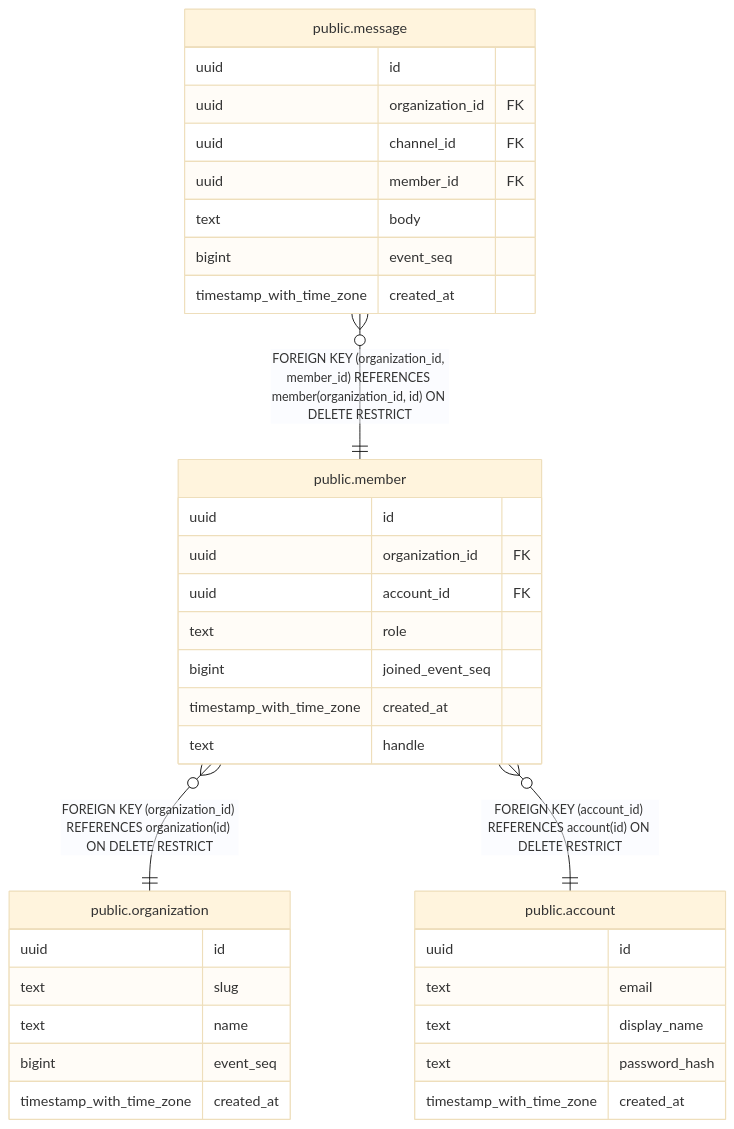
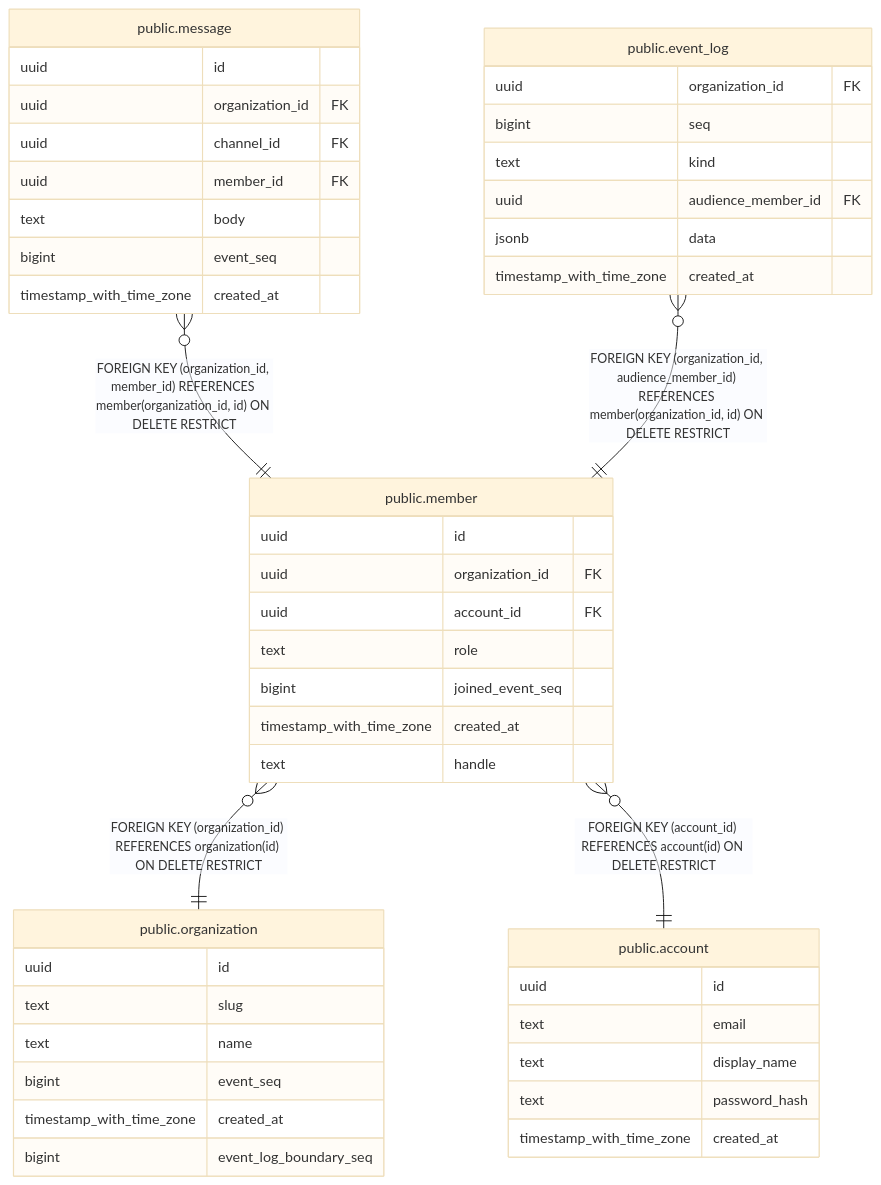
Before and after one commit to tkakkie/ribbitto: the diagram in docs/schema/public.member.md, drawn with Mermaid (base theme). The commit also changed other lines of this file and 28 other files, not shown here.

````diff
--- a/docs/schema/public.member.md
+++ b/docs/schema/public.member.md
@@ -48,40 +48,50 @@
 ```mermaid
 erDiagram
 
 "public.message" }o--|| "public.member" : "FOREIGN KEY (organization_id, member_id) REFERENCES member(organization_id, id) ON DELETE RESTRICT"
+"public.event_log" }o--|| "public.member" : "FOREIGN KEY (organization_id, audience_member_id) REFERENCES member(organization_id, id) ON DELETE RESTRICT"
 "public.member" }o--|| "public.organization" : "FOREIGN KEY (organization_id) REFERENCES organization(id) ON DELETE RESTRICT"
 "public.member" }o--|| "public.account" : "FOREIGN KEY (account_id) REFERENCES account(id) ON DELETE RESTRICT"
 
 "public.member" {
   uuid id
   uuid organization_id FK
   uuid account_id FK
   text role
   bigint joined_event_seq
   timestamp_with_time_zone created_at
   text handle
 }
 "public.message" {
   uuid id
   uuid organization_id FK
   uuid channel_id FK
   uuid member_id FK
   text body
   bigint event_seq
   timestamp_with_time_zone created_at
 }
+"public.event_log" {
+  uuid organization_id FK
+  bigint seq
+  text kind
+  uuid audience_member_id FK
+  jsonb data
+  timestamp_with_time_zone created_at
+}
 "public.organization" {
   uuid id
   text slug
   text name
   bigint event_seq
   timestamp_with_time_zone created_at
+  bigint event_log_boundary_seq
 }
 "public.account" {
   uuid id
   text email
   text display_name
   text password_hash
   timestamp_with_time_zone created_at
 }
 ```
````
